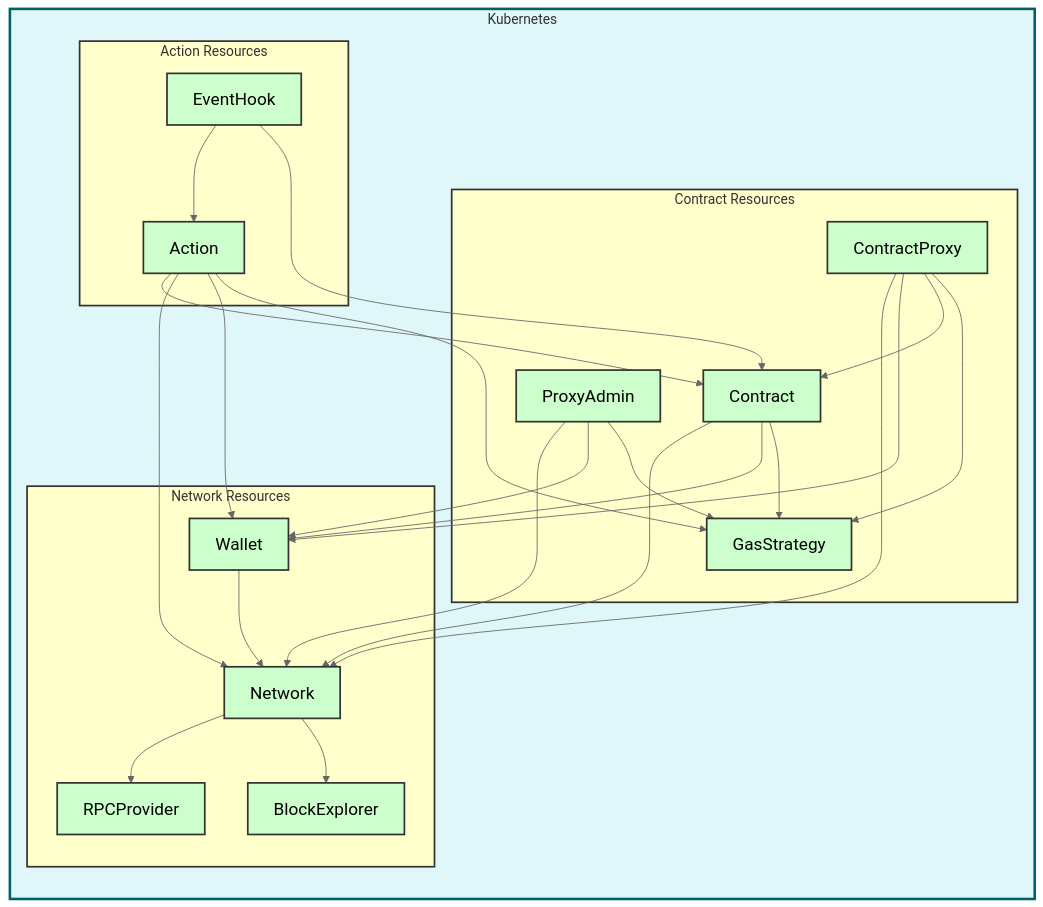
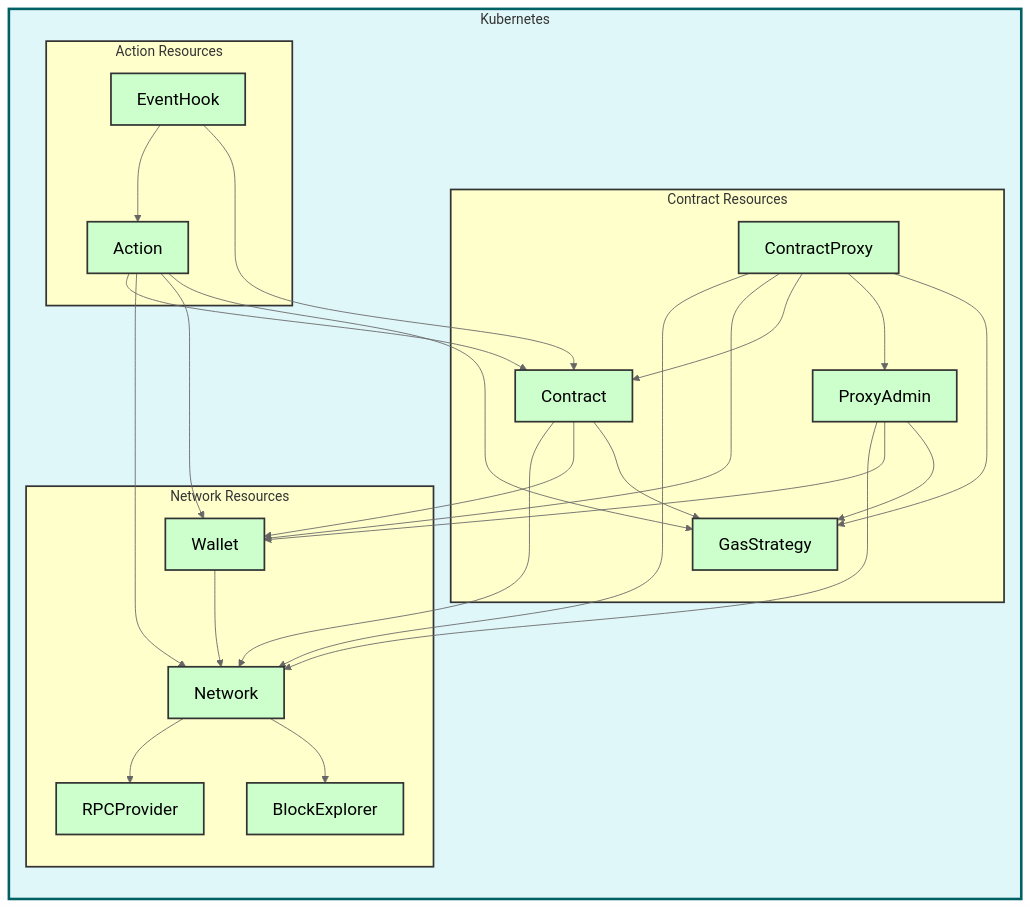
Before and after one commit to expedio-blockchain/Kontract: the diagram in README.md, drawn with Mermaid (neutral theme). The commit also changed other lines of this file, not shown here.

Commit message:
add reference from ContractProxy to ProxyAdmin

````diff
--- a/README.md
+++ b/README.md
@@ -59,56 +59,57 @@
 ```mermaid
 graph LR
 %% Define the style for subgraph and component boxes
 classDef componentBox fill:#ccffcc,stroke:#333,stroke-width:2px,font-size:20px,color:#000;
 classDef mainBox fill:#e0f7fa,stroke:#006064,stroke-width:3px,font-size:24px,color:#000,margin:20px;
 
     %% Main encompassing subgraph for Kubernetes
     subgraph Kubernetes["Kubernetes"]
         style Kubernetes fill:#e0f7fa,stroke:#006064,stroke-width:3px;
 
         %% Grouping related resources in subgraphs with enhanced readability
         subgraph Network_Resources["Network Resources"]
             style Network_Resources fill:#ffffcc,stroke:#333,stroke-width:2px;
             Network:::componentBox --> RPCProvider:::componentBox
             Network --> BlockExplorer:::componentBox
             Wallet:::componentBox --> Network
         end
 
         subgraph Contract_Resources["Contract Resources"]
             style Contract_Resources fill:#ffffcc,stroke:#333,stroke-width:2px;
             Contract:::componentBox --> Network
             Contract --> Wallet
             Contract --> GasStrategy:::componentBox
             ContractProxy:::componentBox --> Network
             ContractProxy --> Wallet
             ContractProxy --> Contract
+            ContractProxy --> ProxyAdmin
             ContractProxy --> GasStrategy
             ProxyAdmin:::componentBox --> Network
             ProxyAdmin --> Wallet
             ProxyAdmin --> GasStrategy
         end
 
         subgraph Action_Event_Resources["Action Resources"]
             style Action_Event_Resources fill:#ffffcc,stroke:#333,stroke-width:2px;
             EventHook:::componentBox --> Action:::componentBox
             EventHook --> Contract
             Action --> Contract
             Action --> Network
             Action --> Wallet
             Action --> GasStrategy
         end
     end
 
     %% Adding links to resources
     click RPCProvider "https://github.com/expedio-blockchain/KontractDeployer#rpcprovider" "Go to RPCProvider section"
     click BlockExplorer "https://github.com/expedio-blockchain/KontractDeployer#blockexplorer" "Go to BlockExplorer section"
     click Network "https://github.com/expedio-blockchain/KontractDeployer#network" "Go to Network section"
     click Wallet "https://github.com/expedio-blockchain/KontractDeployer#wallet" "Go to Wallet section"
     click Contract "https://github.com/expedio-blockchain/KontractDeployer#contract" "Go to Contract section"
     click ContractProxy "https://github.com/expedio-blockchain/KontractDeployer#contractproxy" "Go to ContractProxy section"
     click ProxyAdmin "https://github.com/expedio-blockchain/KontractDeployer#proxyadmin" "Go to ProxyAdmin section"
     click Action "https://github.com/expedio-blockchain/KontractDeployer#action" "Go to Action section"
     click EventHook "https://github.com/expedio-blockchain/KontractDeployer#eventhook" "Go to EventHook section"
     click GasStrategy "https://github.com/expedio-blockchain/KontractDeployer#gasstrategy" "Go to GasStrategy section"
 
 ```
````
